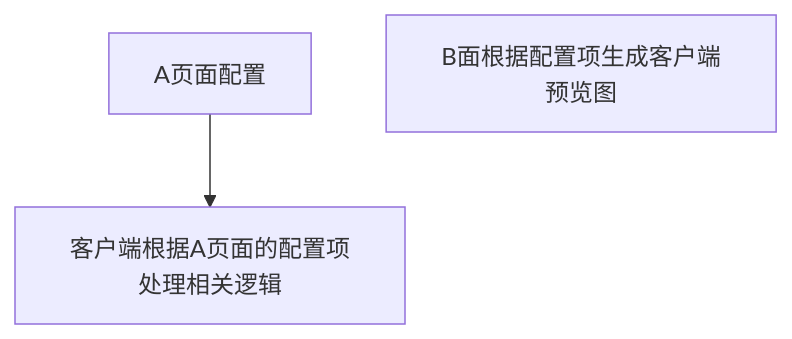
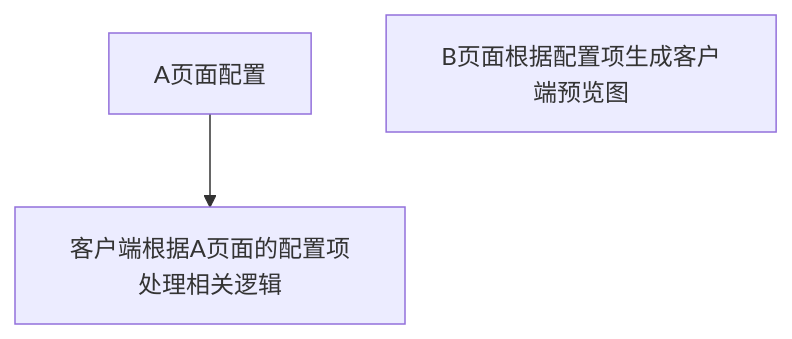
The diagram in README.md (RememberTheID/webRender), drawn with Mermaid before and after one commit. The commit also changed other lines of this file, not shown here.

````diff
--- a/README.md
+++ b/README.md
@@ -3,6 +3,6 @@
 ```mermaid
 graph TD
 A页面配置 --> 客户端根据A页面的配置项处理相关逻辑
-B面根据配置项生成客户端预览图
+B页面根据配置项生成客户端预览图
 
 ```
````
